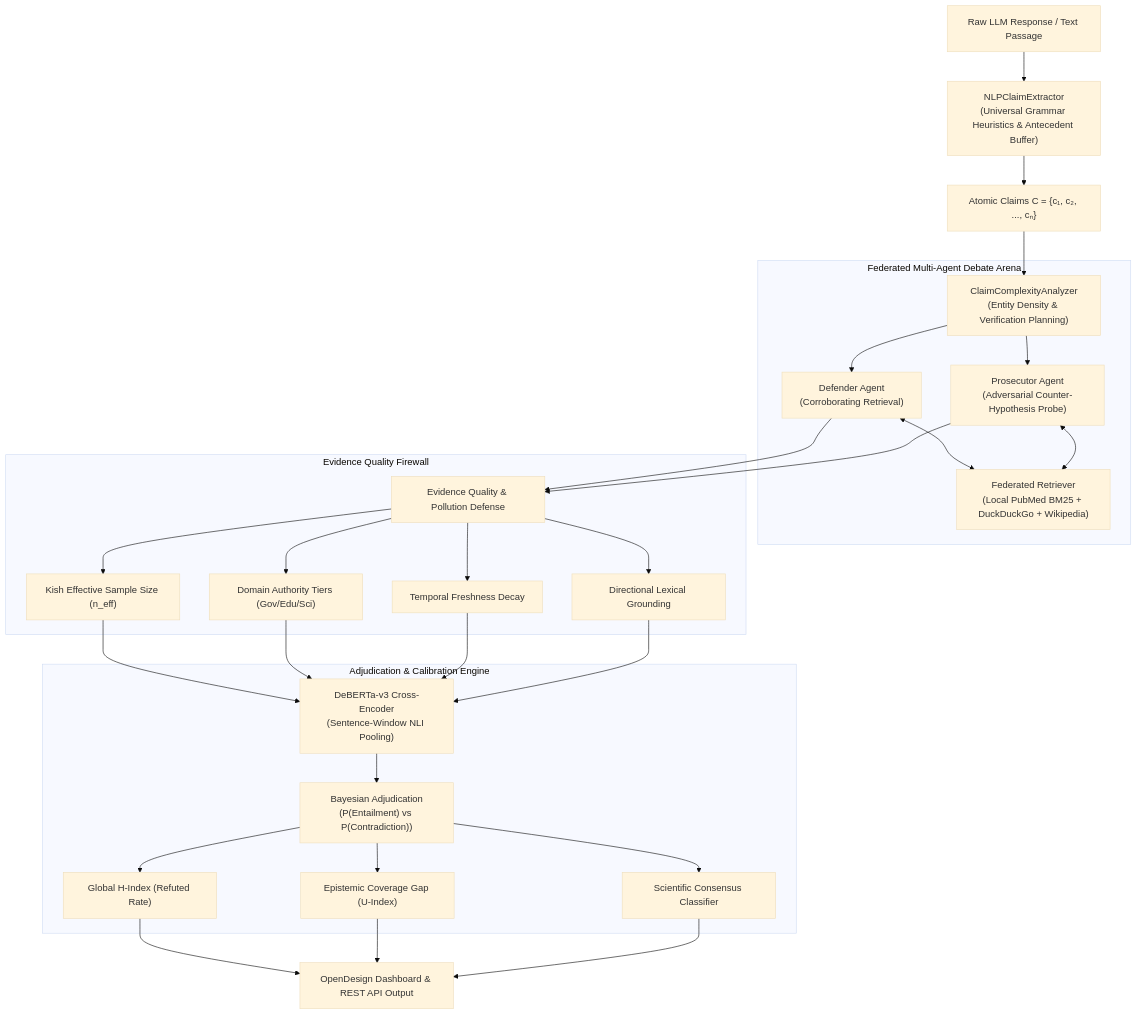
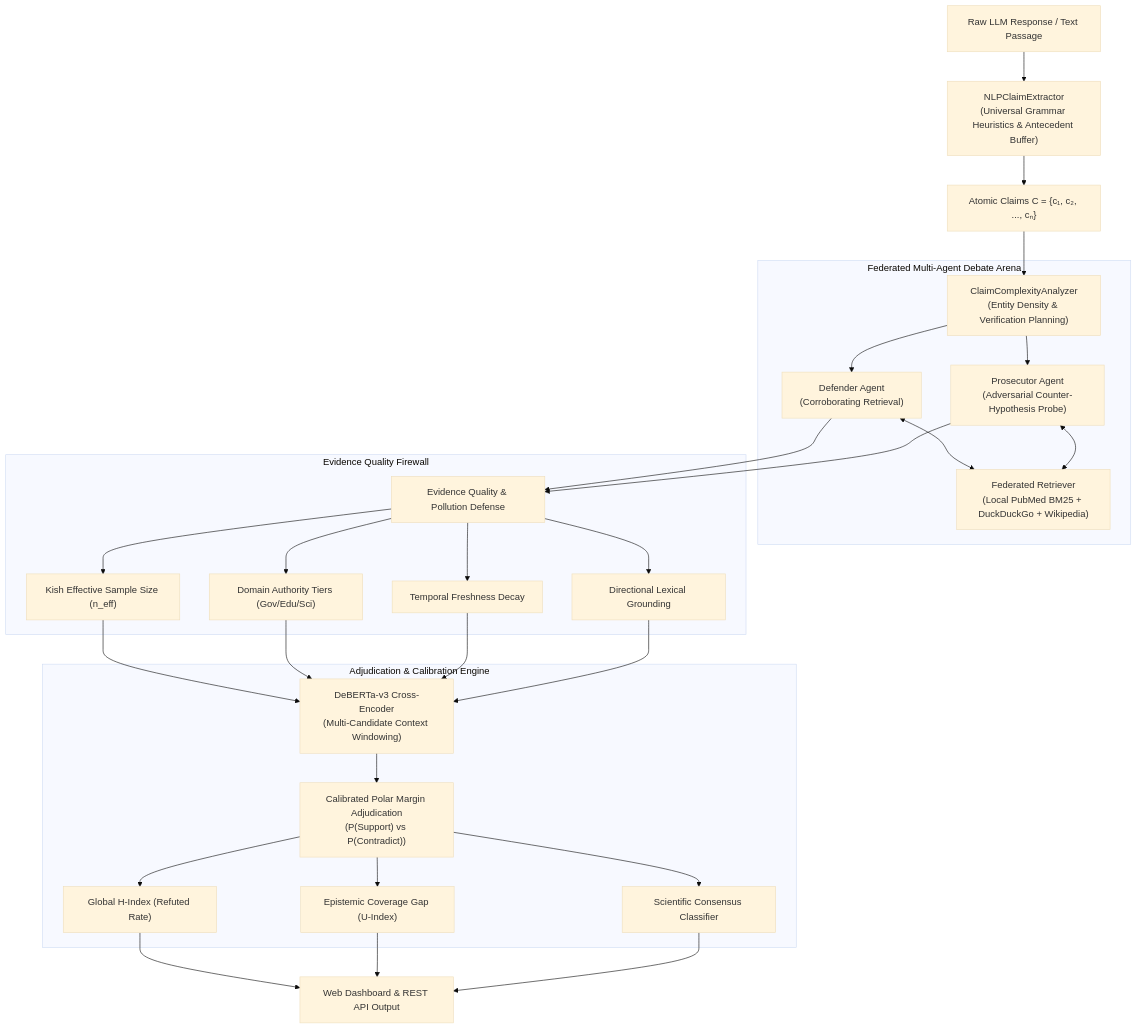
Before and after one commit to Aravindhashan/multi-agent-hallucination-verification: the diagram in README.md, drawn with Mermaid (base theme). The commit also changed other lines of this file and 8 other files, not shown here.

Commit message:
feat: upgrade domain-adapted NLI backbone with candidate context expansion, calibrated polar margin adjudication, and updated documentation

````diff
--- a/README.md
+++ b/README.md
@@ -28,33 +26,33 @@
 ```mermaid
 flowchart TD
     A["Raw LLM Response / Text Passage"] --> B["NLPClaimExtractor\n(Universal Grammar Heuristics & Antecedent Buffer)"]
     B --> C["Atomic Claims C = {c₁, c₂, ..., cₙ}"]
     C --> D["ClaimComplexityAnalyzer\n(Entity Density & Verification Planning)"]
     
     subgraph MultiAgentDebate ["Federated Multi-Agent Debate Arena"]
         D --> E1["Defender Agent\n(Corroborating Retrieval)"]
         D --> E2["Prosecutor Agent\n(Adversarial Counter-Hypothesis Probe)"]
         E1 <--> F["Federated Retriever\n(Local PubMed BM25 + DuckDuckGo + Wikipedia)"]
         E2 <--> F
     end
 
     subgraph QualityFirewall ["Evidence Quality Firewall"]
         E1 --> G["Evidence Quality & Pollution Defense"]
         E2 --> G
         G --> G1["Kish Effective Sample Size (n_eff)"]
         G --> G2["Domain Authority Tiers (Gov/Edu/Sci)"]
         G --> G3["Temporal Freshness Decay"]
         G --> G4["Directional Lexical Grounding"]
     end
 
-    G1 & G2 & G3 & G4 --> H["DeBERTa-v3 Cross-Encoder\n(Sentence-Window NLI Pooling)"]
+    G1 & G2 & G3 & G4 --> H["DeBERTa-v3 Cross-Encoder\n(Multi-Candidate Context Windowing)"]
     
     subgraph Adjudication ["Adjudication & Calibration Engine"]
-        H --> I["Bayesian Adjudication\n(P(Entailment) vs P(Contradiction))"]
+        H --> I["Calibrated Polar Margin Adjudication\n(P(Support) vs P(Contradict))"]
         I --> J1["Global H-Index (Refuted Rate)"]
         I --> J2["Epistemic Coverage Gap (U-Index)"]
         I --> J3["Scientific Consensus Classifier"]
     end
 
-    J1 & J2 & J3 --> K["OpenDesign Dashboard & REST API Output"]
+    J1 & J2 & J3 --> K["Web Dashboard & REST API Output"]
 ```
````
